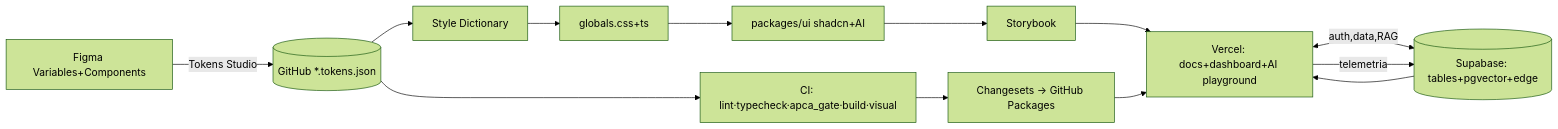
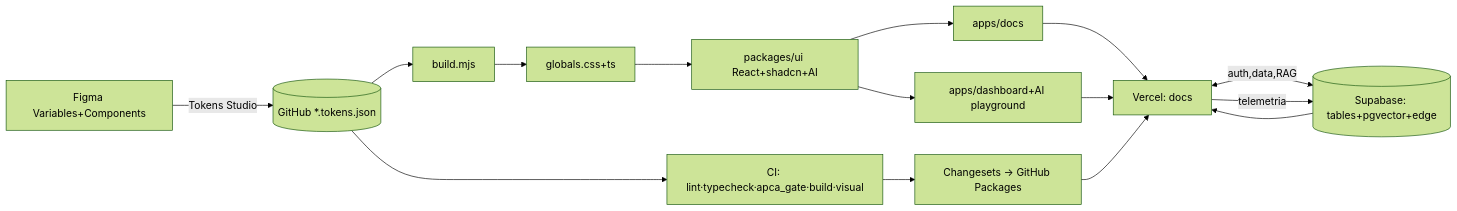
The diagram in docs/06-pipeline.md (LouizeB/flytrapds), drawn with Mermaid (forest theme) before and after one commit. The commit also changed other lines of this file and 89 other files, not shown here.

Commit message:
feat: consolidate React shadcn design system

````diff
--- a/docs/06-pipeline.md
+++ b/docs/06-pipeline.md
@@ -5,11 +5,12 @@
 ```mermaid
 flowchart LR
   A[Figma Variables+Components] -->|Tokens Studio| B[(GitHub *.tokens.json)]
-  B --> C[Style Dictionary] --> D[globals.css+ts] --> E[packages/ui shadcn+AI] --> F[Storybook]
+  B --> C[build.mjs] --> D[globals.css+ts] --> E[packages/ui React+shadcn+AI] --> F[apps/docs]
   B --> G[CI: lint·typecheck·apca_gate·build·visual]
   G --> H[Changesets → GitHub Packages]
-  F --> L[Vercel: docs+dashboard+AI playground]
+  F --> L[Vercel: docs]
+  E --> K[apps/dashboard+AI playground] --> L
   H --> L
   L <-->|auth,data,RAG| M[(Supabase: tables+pgvector+edge)]
   L -->|telemetria| M --> L
 ```
````
